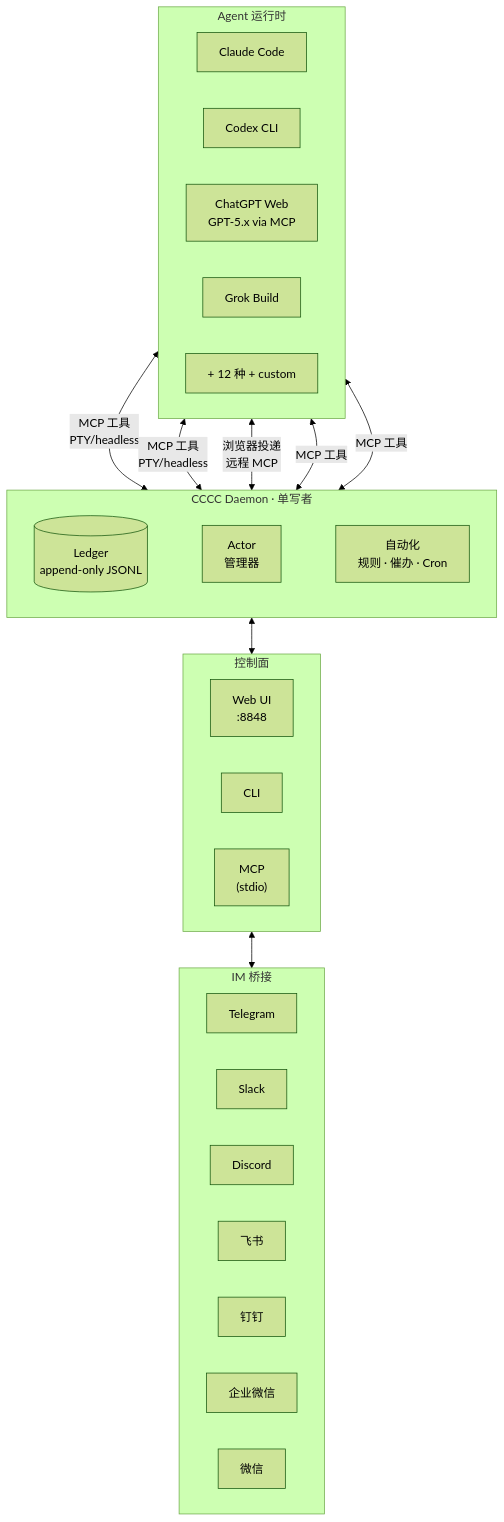
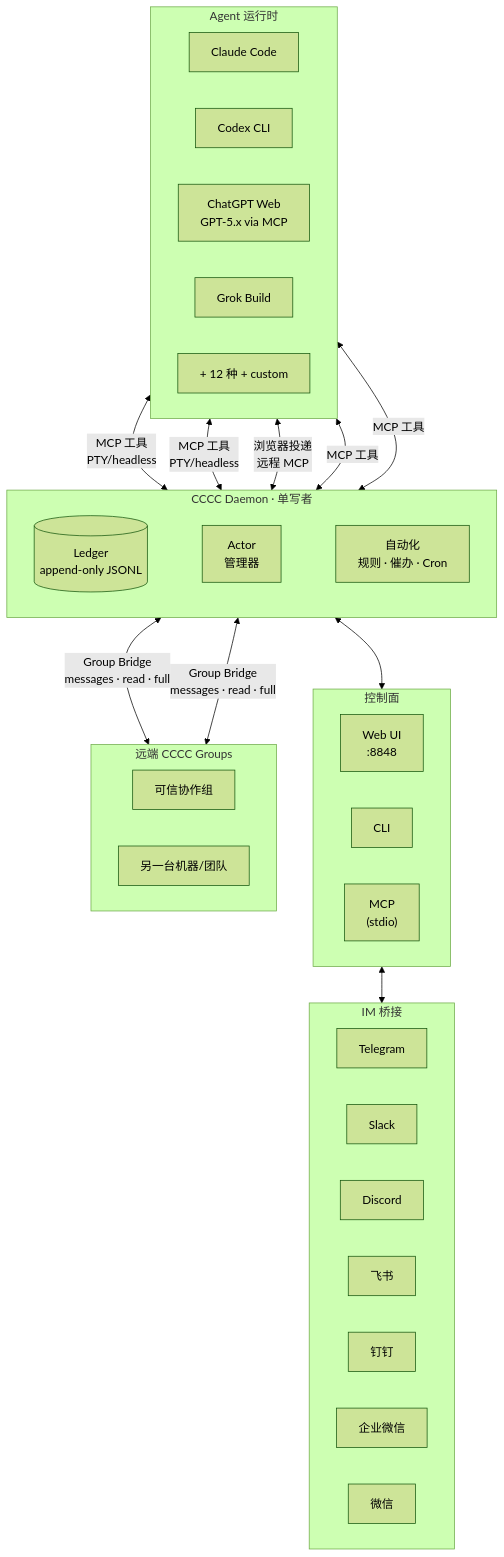
Before and after one commit to ChesterRa/cccc: the diagram in README.zh-CN.md, drawn with Mermaid (forest theme). The commit also changed other lines of this file and 45 other files, not shown here.

````diff
--- a/README.zh-CN.md
+++ b/README.zh-CN.md
@@ -130,46 +132,54 @@
 ```mermaid
 graph TB
     subgraph Agents["Agent 运行时"]
         direction LR
         A1["Claude Code"]
         A2["Codex CLI"]
         A3["ChatGPT Web<br/>GPT-5.x via MCP"]
         A4["Grok Build"]
         A5["+ 12 种 + custom"]
     end
 
     subgraph Daemon["CCCC Daemon · 单写者"]
         direction LR
         Ledger[("Ledger<br/>append-only JSONL")]
         ActorMgr["Actor<br/>管理器"]
         Auto["自动化<br/>规则 · 催办 · Cron"]
         Ledger ~~~ ActorMgr ~~~ Auto
     end
 
     subgraph Ports["控制面"]
         direction LR
         Web["Web UI<br/>:8848"]
         CLI["CLI"]
         MCP["MCP<br/>(stdio)"]
     end
 
     subgraph IM["IM 桥接"]
         direction LR
         TG["Telegram"]
         SL["Slack"]
         DC["Discord"]
         FS["飞书"]
         DT["钉钉"]
         WC["企业微信"]
         WX["微信"]
     end
 
+    subgraph Remote["远端 CCCC Groups"]
+        direction LR
+        RG1["可信协作组"]
+        RG2["另一台机器/团队"]
+    end
+
     A1 <-->|MCP 工具<br/>PTY/headless| Daemon
     A2 <-->|MCP 工具<br/>PTY/headless| Daemon
     A3 <-->|浏览器投递<br/>远程 MCP| Daemon
     A4 <-->|MCP 工具| Daemon
     A5 <-->|MCP 工具| Daemon
     Daemon <--> Ports
     Web <--> IM
+    Daemon <-->|Group Bridge<br/>messages · read · full| RG1
+    Daemon <-->|Group Bridge<br/>messages · read · full| RG2
 
 ```
````
